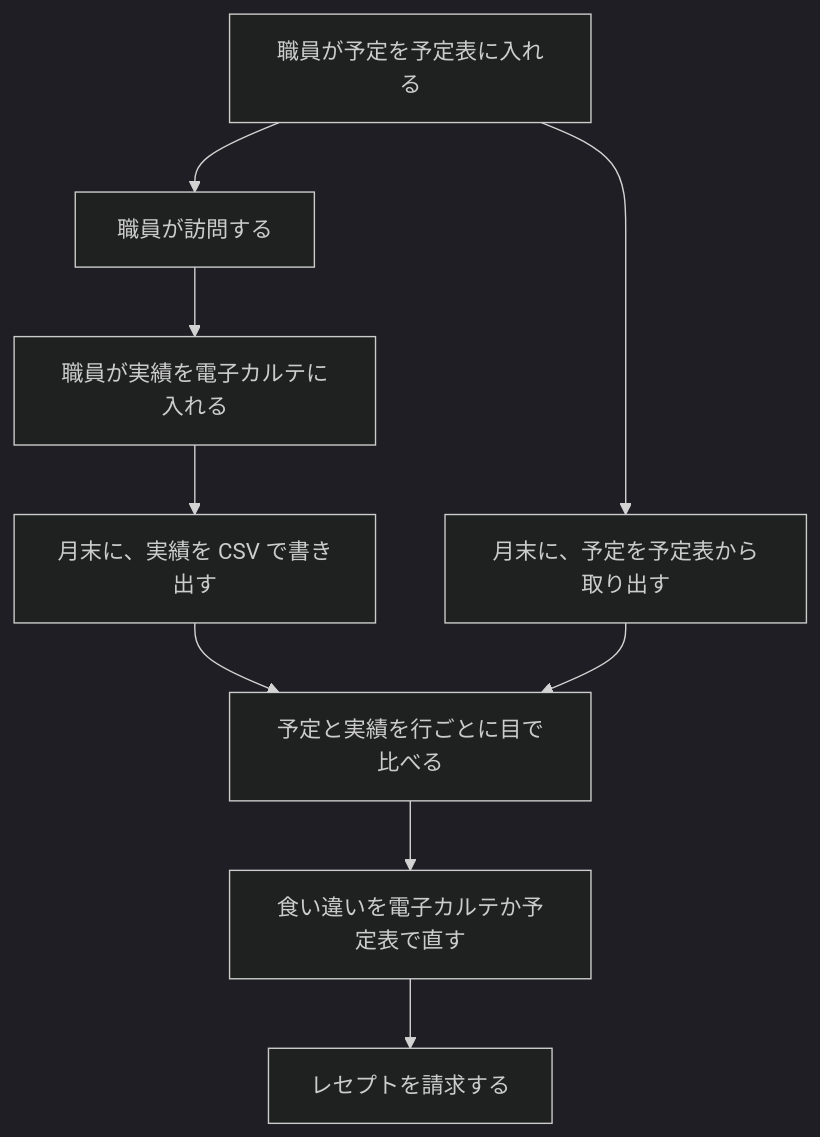
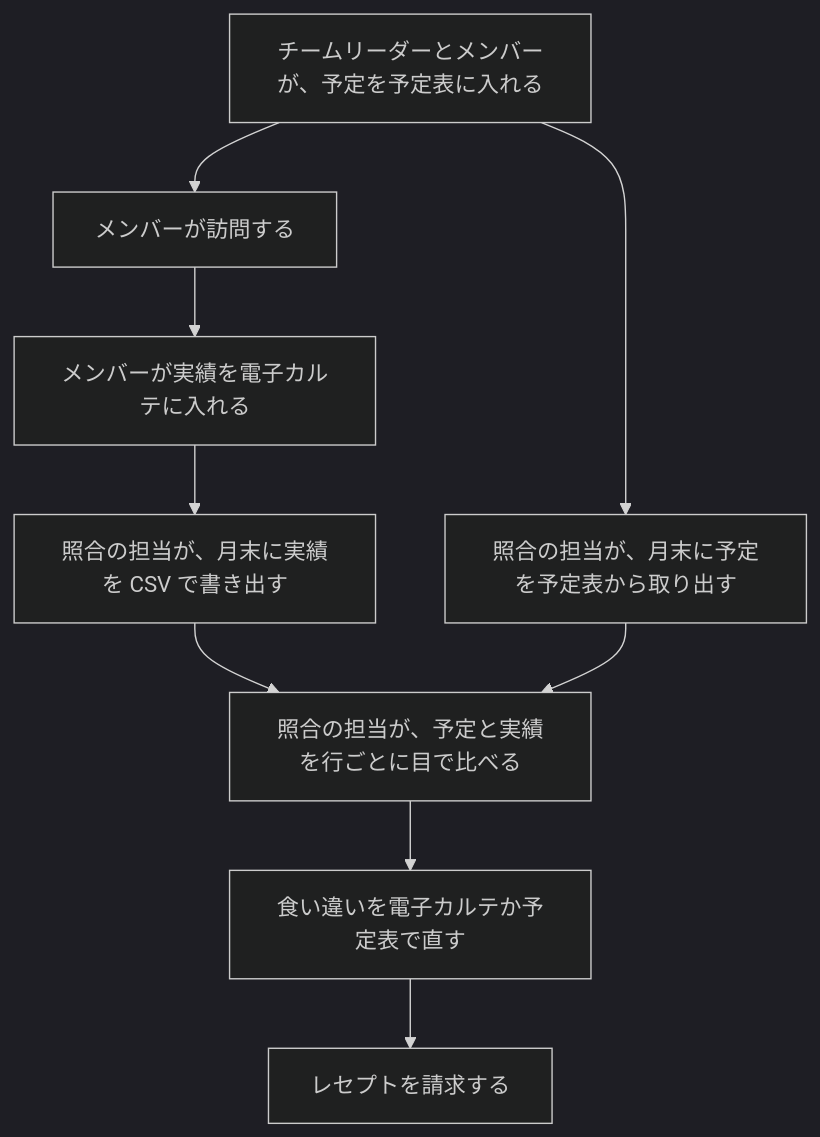
Before and after one commit to Fukuemon/buddy: the first of 2 diagrams in docs/PRD.md, drawn with Mermaid (dark theme). The commit also changed other lines of this file and 2 other files, not shown here.

````diff
--- a/docs/PRD.md
+++ b/docs/PRD.md
@@ -44,11 +40,11 @@
 ```mermaid
 flowchart TB
-  plan["職員が予定を予定表に入れる"] --> visit["職員が訪問する"]
-  visit --> record["職員が実績を電子カルテに入れる"]
-  record --> export["月末に、実績を CSV で書き出す"]
-  plan --> pick["月末に、予定を予定表から取り出す"]
-  export --> compare["予定と実績を行ごとに目で比べる"]
+  plan["チームリーダーとメンバーが、予定を予定表に入れる"] --> visit["メンバーが訪問する"]
+  visit --> record["メンバーが実績を電子カルテに入れる"]
+  record --> export["照合の担当が、月末に実績を CSV で書き出す"]
+  plan --> pick["照合の担当が、月末に予定を予定表から取り出す"]
+  export --> compare["照合の担当が、予定と実績を行ごとに目で比べる"]
   pick --> compare
   compare --> fix["食い違いを電子カルテか予定表で直す"]
   fix --> claim["レセプトを請求する"]
 ```
````
